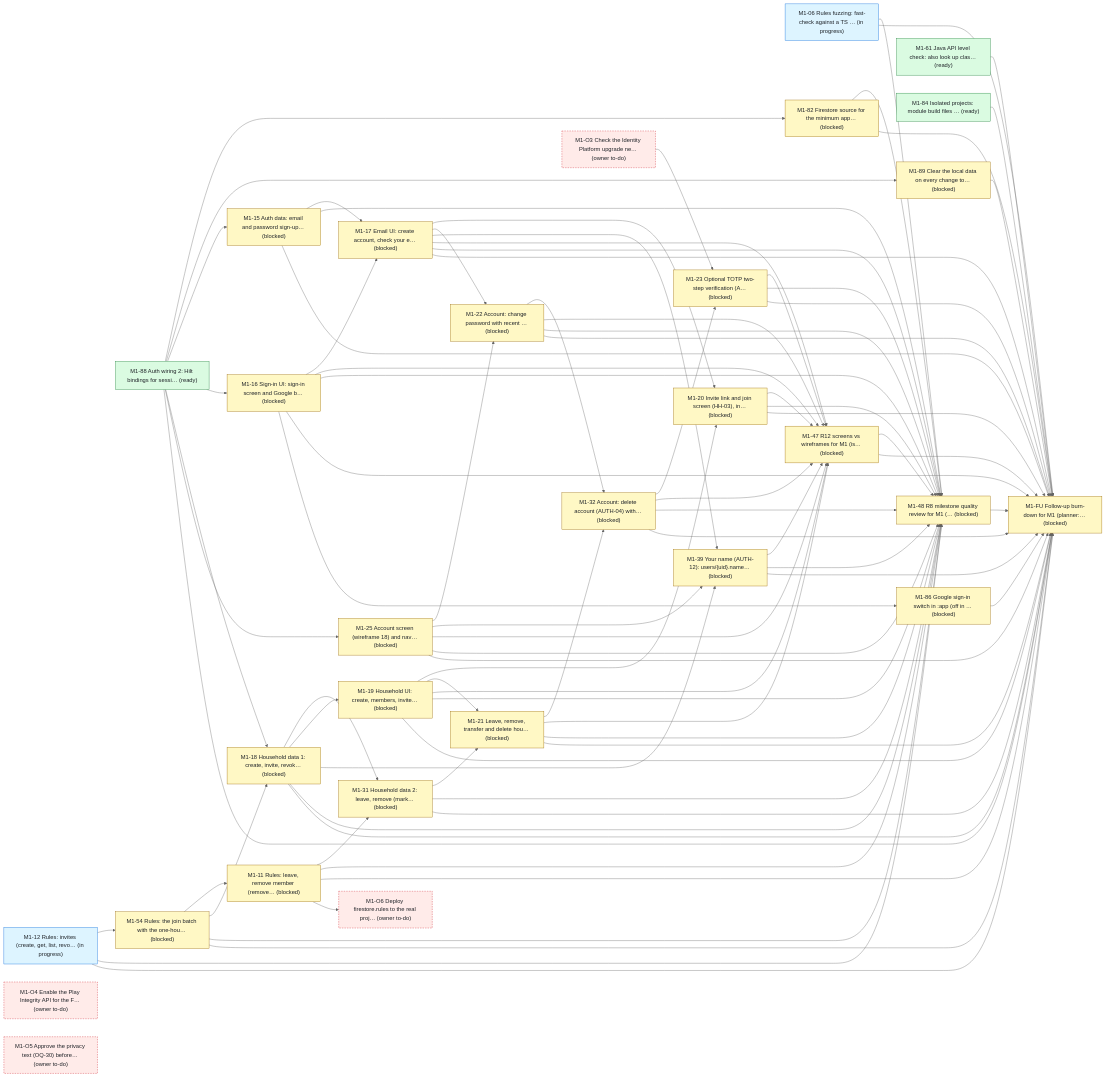
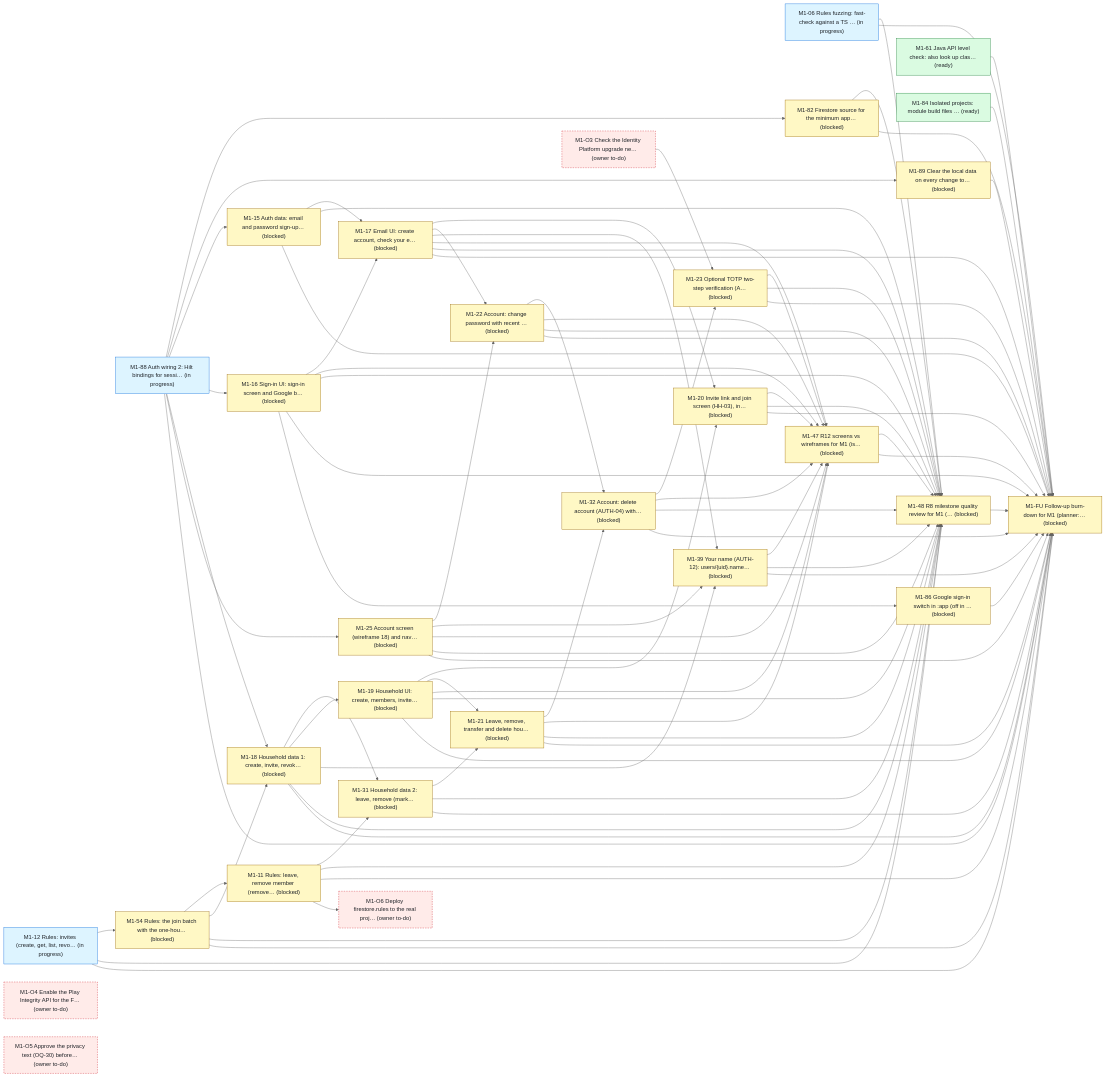
Before and after one commit to bondo/listicles2: the first of 4 diagrams in status.md, drawn with Mermaid (neutral theme). The commit also changed other lines of this file and 3 other files, not shown here.

```diff
--- a/status.md
+++ b/status.md
@@ -234,7 +234,7 @@
     n1["M1-11 Rules: leave, remove member (remove… (blocked)"]:::blocked
     n2["M1-12 Rules: invites (create, get, list, revo… (in progress)"]:::progress
     n3["M1-82 Firestore source for the minimum app… (blocked)"]:::blocked
-    n4["M1-88 Auth wiring 2: Hilt bindings for sessi… (ready)"]:::ready
+    n4["M1-88 Auth wiring 2: Hilt bindings for sessi… (in progress)"]:::progress
     n5["M1-89 Clear the local data on every change to… (blocked)"]:::blocked
     n6["M1-15 Auth data: email and password sign-up… (blocked)"]:::blocked
     n7["M1-16 Sign-in UI: sign-in screen and Google b… (blocked)"]:::blocked
```
